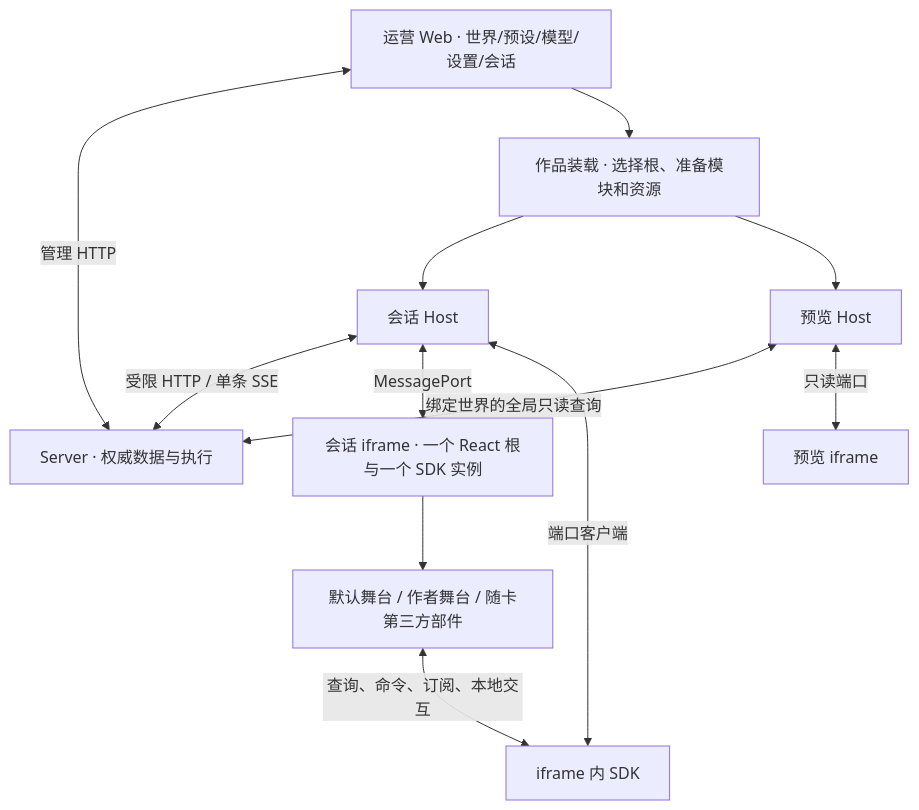
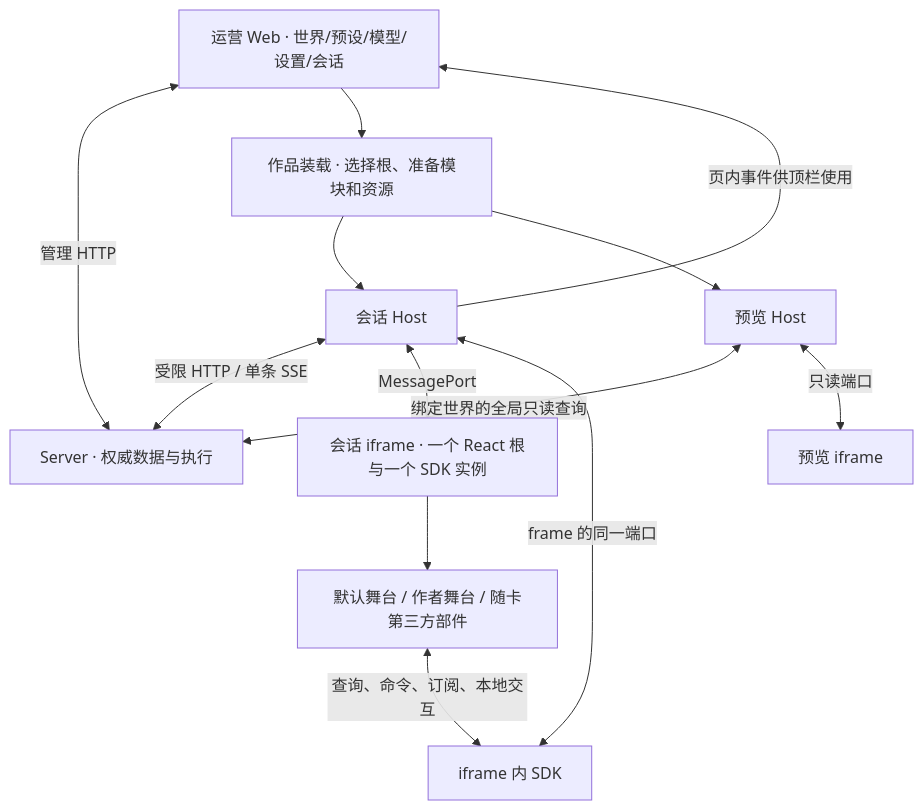
One commit to huiru-wang/SillyRealms changed the first of 2 diagrams in plan/可组合舞台与薄宿主架构方案.md. Above: the diagram before and after it, drawn with Mermaid. The commit also changed other lines of this file and 2 other files, not shown here.

````diff
--- a/plan/可组合舞台与薄宿主架构方案.md
+++ b/plan/可组合舞台与薄宿主架构方案.md
@@ -29,14 +29,15 @@
 ```mermaid
 flowchart TB
   O["运营 Web · 世界/预设/模型/设置/会话"] <-->|管理 HTTP| S["Server · 权威数据与执行"]
   O --> L["作品装载 · 选择根、准备模块和资源"]
   L --> H["会话 Host"]
   L --> P["预览 Host"]
   H <-->|受限 HTTP / 单条 SSE| S
+  H -->|页内事件供顶栏使用| O
   P <-->|绑定世界的全局只读查询| S
   H <-->|MessagePort| F["会话 iframe · 一个 React 根与一个 SDK 实例"]
   P <-->|只读端口| V["预览 iframe"]
   F --> C["默认舞台 / 作者舞台 / 随卡第三方部件"]
   C <-->|查询、命令、订阅、本地交互| D["iframe 内 SDK"]
-  D <-->|端口客户端| H
+  D <-->|frame 的同一端口| H
 ```
````
